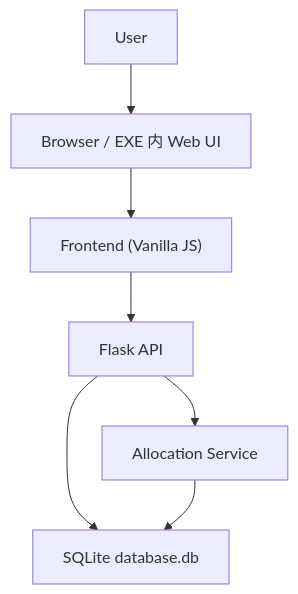
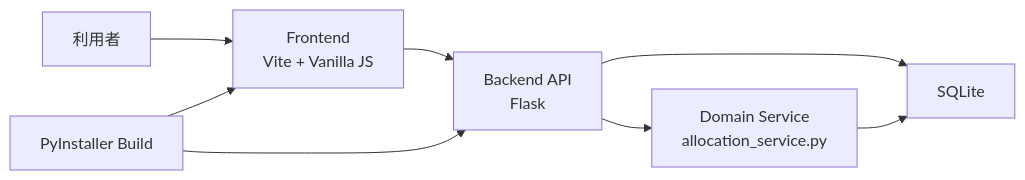
The first of 7 diagrams in SoftwareDesign.md (masakinakai3/Manage), drawn with Mermaid before and after one commit. The commit also changed other lines of this file and 6 other files, not shown here.

````diff
--- a/SoftwareDesign.md
+++ b/SoftwareDesign.md
@@ -22,16 +41,17 @@
 ```mermaid
-graph TD
-    User["User"]
-    Browser["Browser / EXE 内 Web UI"]
-    Frontend["Frontend (Vanilla JS)"]
-    Flask["Flask API"]
-    Service["Allocation Service"]
-    DB["SQLite database.db"]
+flowchart LR
+    User["利用者"]
+    UI["Frontend<br/>Vite + Vanilla JS"]
+    API["Backend API<br/>Flask"]
+    Service["Domain Service<br/>allocation_service.py"]
+    DB["SQLite"]
+    Build["PyInstaller Build"]
 
-    User --> Browser
-    Browser --> Frontend
-    Frontend --> Flask
-    Flask --> Service
-    Flask --> DB
+    User --> UI
+    UI --> API
+    API --> Service
+    API --> DB
     Service --> DB
+    Build --> UI
+    Build --> API
 ```
````
